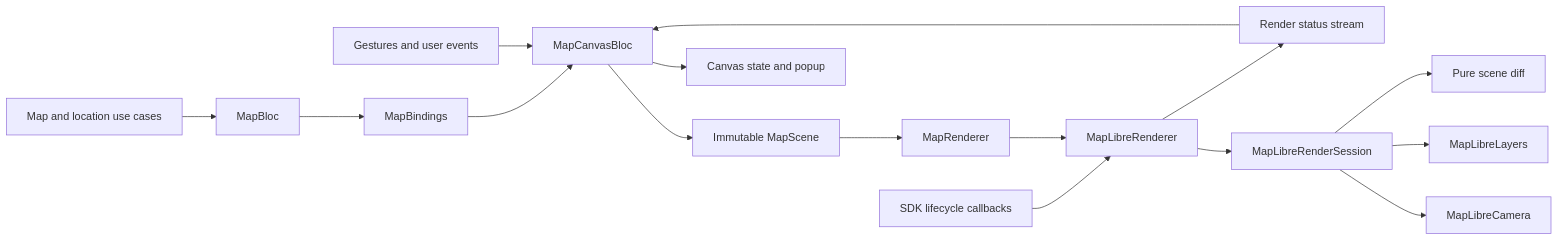
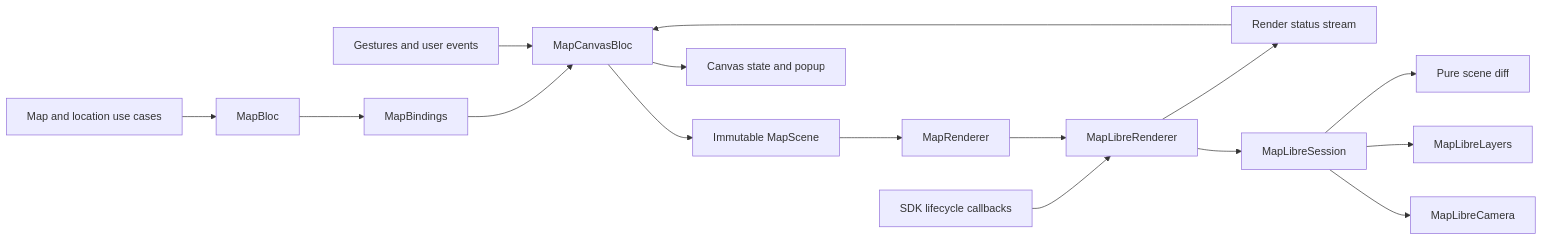
The diagram in docs/map-architecture.md (fajarxfce/test-mapid), drawn with Mermaid before and after one commit. The commit also changed other lines of this file and 34 other files, not shown here.

````diff
--- a/docs/map-architecture.md
+++ b/docs/map-architecture.md
@@ -12,18 +12,18 @@
 ```mermaid
 flowchart LR
     APIs[Map and location use cases] --> Data[MapBloc]
     Data --> Binding[MapBindings]
     Binding --> Canvas[MapCanvasBloc]
     Input[Gestures and user events] --> Canvas
     Native[SDK lifecycle callbacks] --> Adapter
     Adapter --> Status[Render status stream]
     Status --> Canvas
     Canvas --> Scene[Immutable MapScene]
     Canvas --> View[Canvas state and popup]
     Scene --> Port[MapRenderer]
     Port --> Adapter[MapLibreRenderer]
-    Adapter --> Session[MapLibreRenderSession]
+    Adapter --> Session[MapLibreSession]
     Session --> Diff[Pure scene diff]
     Session --> Layers[MapLibreLayers]
     Session --> Camera[MapLibreCamera]
 ```
````
